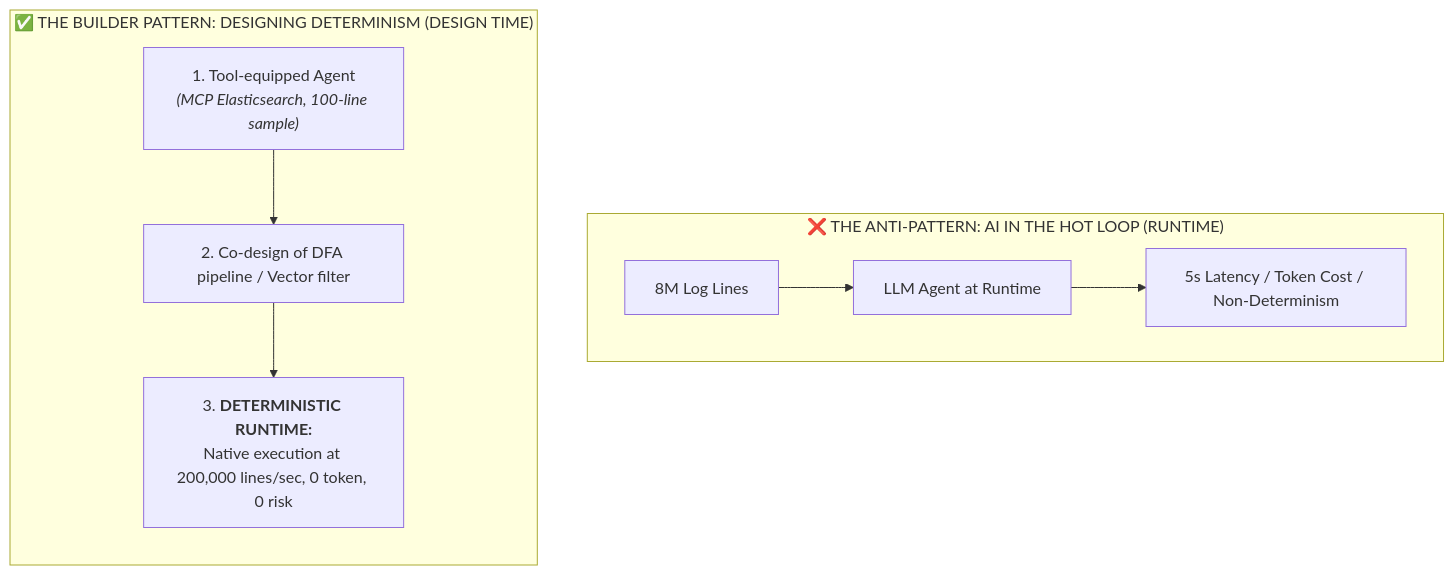
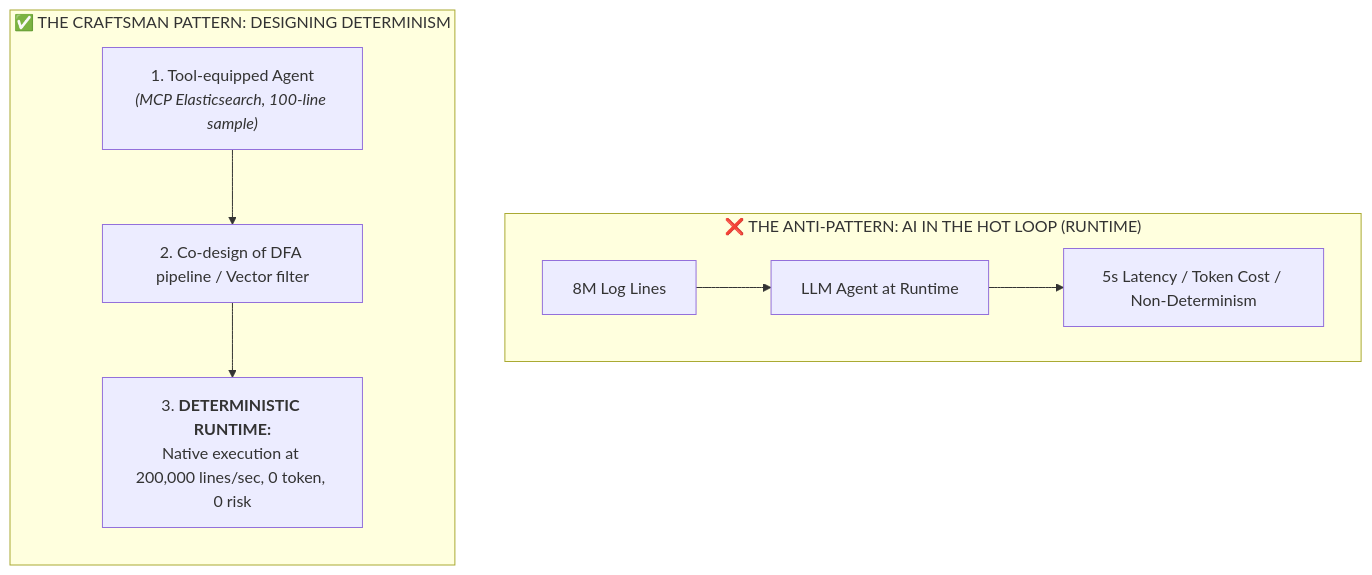
One commit to gpineda-dev/gpineda-dev.github.io changed the fourth of 10 diagrams in content/posts/2026-09-19-ai-exoskelton-for-builders-not-oracle.md. Above: the diagram before and after it, drawn with Mermaid. The commit also changed other lines of this file and 1 other file, not shown here.

````diff
--- a/content/posts/2026-09-19-ai-exoskelton-for-builders-not-oracle.md
+++ b/content/posts/2026-09-19-ai-exoskelton-for-builders-not-oracle.md
@@ -192,12 +190,12 @@
 ```mermaid
 flowchart TD
     subgraph AntiPattern["❌ THE ANTI-PATTERN: AI IN THE HOT LOOP (RUNTIME)"]
         direction LR
         A1["8M Log Lines"] --> B1["LLM Agent at Runtime"] --> C1["5s Latency / Token Cost / Non-Determinism"]
     end
-    subgraph Pattern["✅ THE BUILDER PATTERN: DESIGNING DETERMINISM (DESIGN TIME)"]
+    subgraph Pattern["✅ THE CRAFTSMAN PATTERN: DESIGNING DETERMINISM"]
         direction TB
         A2["1. Tool-equipped Agent<br><i>(MCP Elasticsearch, 100-line sample)</i>"] --> B2["2. Co-design of DFA pipeline / Vector filter"]
         B2 --> C2["3. <b>DETERMINISTIC RUNTIME:</b><br>Native execution at 200,000 lines/sec, 0 token, 0 risk"]
     end
 ```
````
